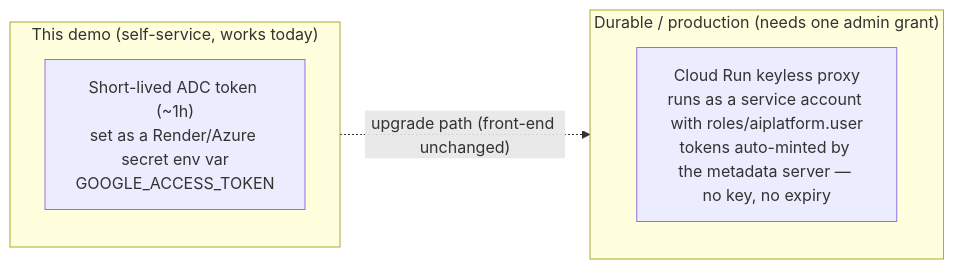
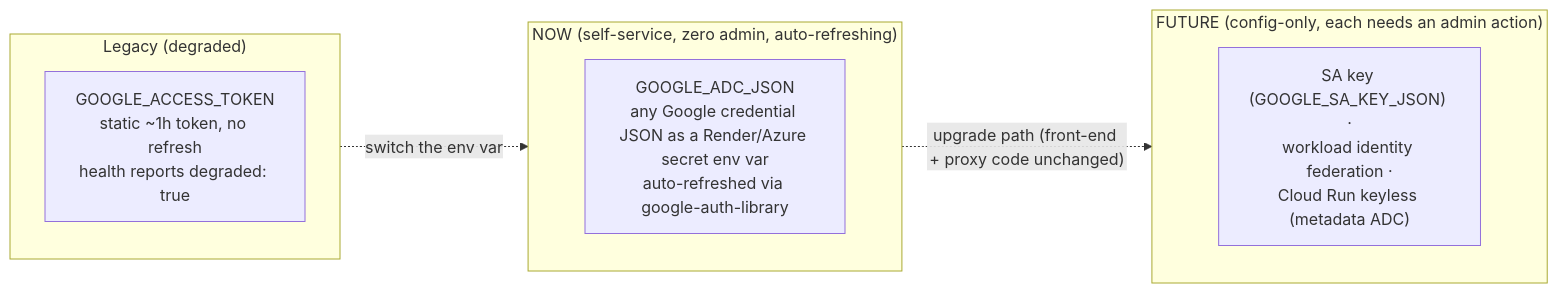
One commit to simonraj79/council-frontend-render-test changed the third of 3 diagrams in ARCHITECTURE.md. Above: the diagram before and after it, drawn with Mermaid. The commit also changed other lines of this file and 12 other files, not shown here.

First line of the commit message:
Harden auth + streaming: universal auto-refresh credentials, abuse guards, resilient client

````diff
--- a/ARCHITECTURE.md
+++ b/ARCHITECTURE.md
@@ -104,10 +109,14 @@
 ```mermaid
 flowchart LR
-    subgraph now["This demo (self-service, works today)"]
-        T1["Short-lived ADC token (~1h)<br/>set as a Render/Azure secret env var<br/>GOOGLE_ACCESS_TOKEN"]
+    subgraph now["NOW (self-service, zero admin, auto-refreshing)"]
+        T1["GOOGLE_ADC_JSON<br/>any Google credential JSON as a Render/Azure secret env var<br/>auto-refreshed via google-auth-library"]
     end
-    subgraph prod["Durable / production (needs one admin grant)"]
-        T2["Cloud Run keyless proxy<br/>runs as a service account with roles/aiplatform.user<br/>tokens auto-minted by the metadata server — no key, no expiry"]
+    subgraph legacy["Legacy (degraded)"]
+        T0["GOOGLE_ACCESS_TOKEN<br/>static ~1h token, no refresh<br/>health reports degraded: true"]
     end
-    now -.->|"upgrade path (front-end unchanged)"| prod
+    subgraph future["FUTURE (config-only, each needs an admin action)"]
+        T2["SA key (GOOGLE_SA_KEY_JSON) ·<br/>workload identity federation ·<br/>Cloud Run keyless (metadata ADC)"]
+    end
+    legacy -.->|"switch the env var"| now
+    now -.->|"upgrade path (front-end + proxy code unchanged)"| future
 ```
````
